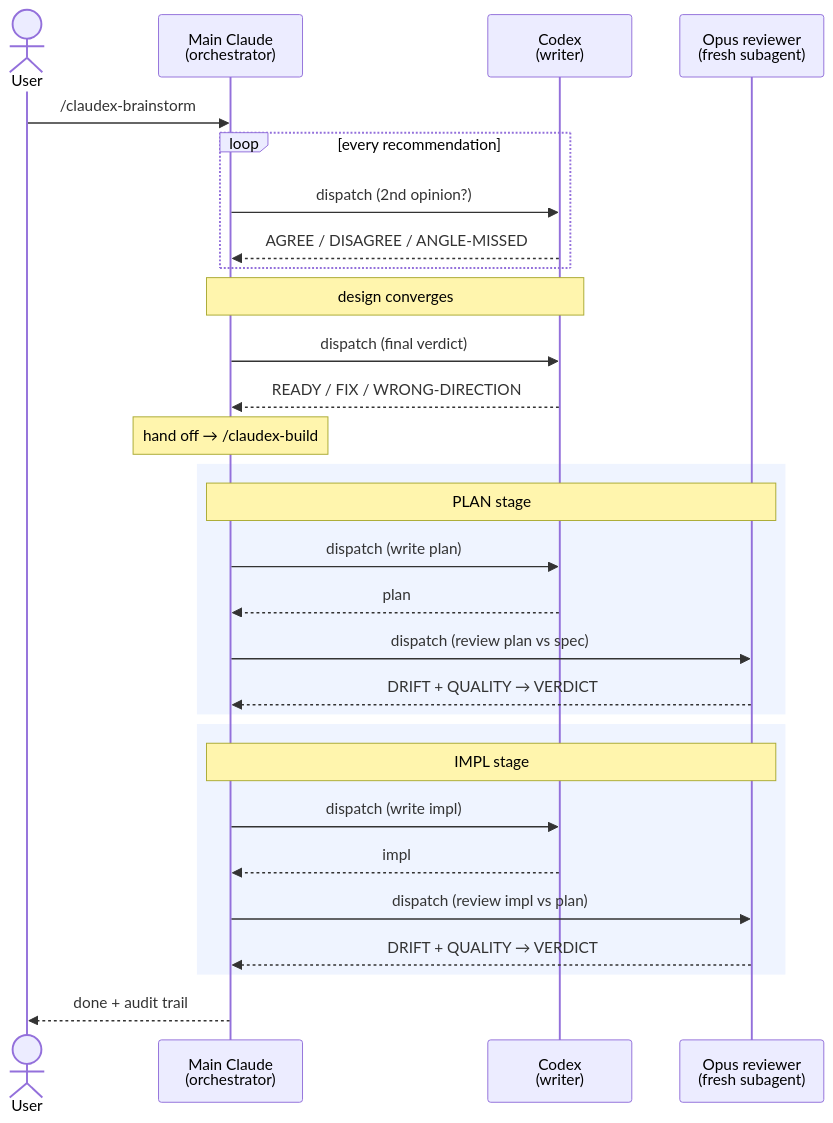
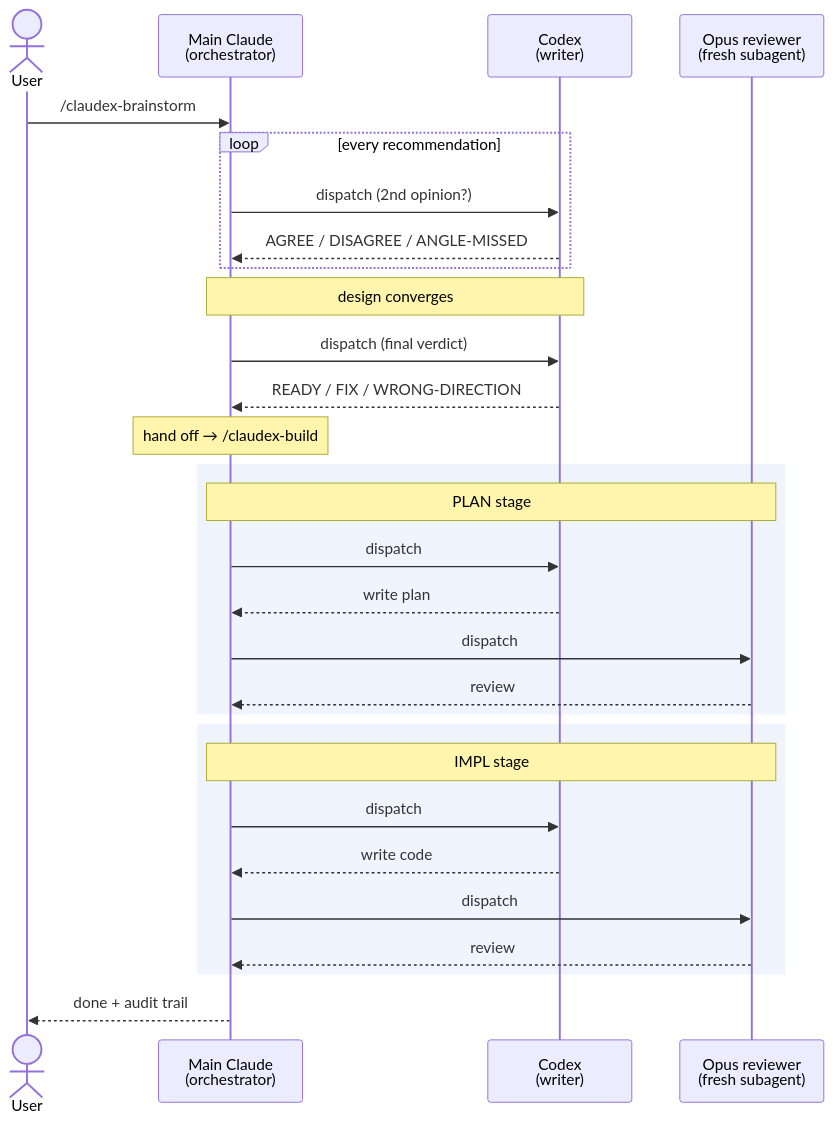
The first of 2 diagrams in README.md (WillInvest/ClaudeX), drawn with Mermaid before and after one commit.

Commit message:
Refactor dispatch and review steps in README

````diff
--- a/README.md
+++ b/README.md
@@ -25,34 +25,34 @@
 ```mermaid
 sequenceDiagram
     actor U as User
     participant C as Main Claude<br/>(orchestrator)
     participant X as Codex<br/>(writer)
     participant O as Opus reviewer<br/>(fresh subagent)
 
     U->>C: /claudex-brainstorm
     loop every recommendation
         C->>X: dispatch (2nd opinion?)
         X-->>C: AGREE / DISAGREE / ANGLE-MISSED
     end
     Note over C,X: design converges
     C->>X: dispatch (final verdict)
     X-->>C: READY / FIX / WRONG-DIRECTION
     Note over C: hand off → /claudex-build
 
     rect rgba(60,120,255,0.08)
         Note over C,O: PLAN stage
-        C->>X: dispatch (write plan)
-        X-->>C: plan
-        C->>O: dispatch (review plan vs spec)
-        O-->>C: DRIFT + QUALITY → VERDICT
+        C->>X: dispatch 
+        X-->>C: write plan
+        C->>O: dispatch
+        O-->>C: review
     end
     rect rgba(60,120,255,0.08)
         Note over C,O: IMPL stage
-        C->>X: dispatch (write impl)
-        X-->>C: impl
-        C->>O: dispatch (review impl vs plan)
-        O-->>C: DRIFT + QUALITY → VERDICT
+        C->>X: dispatch 
+        X-->>C: write code
+        C->>O: dispatch
+        O-->>C: review
     end
 
     C-->>U: done + audit trail
 ```
````
